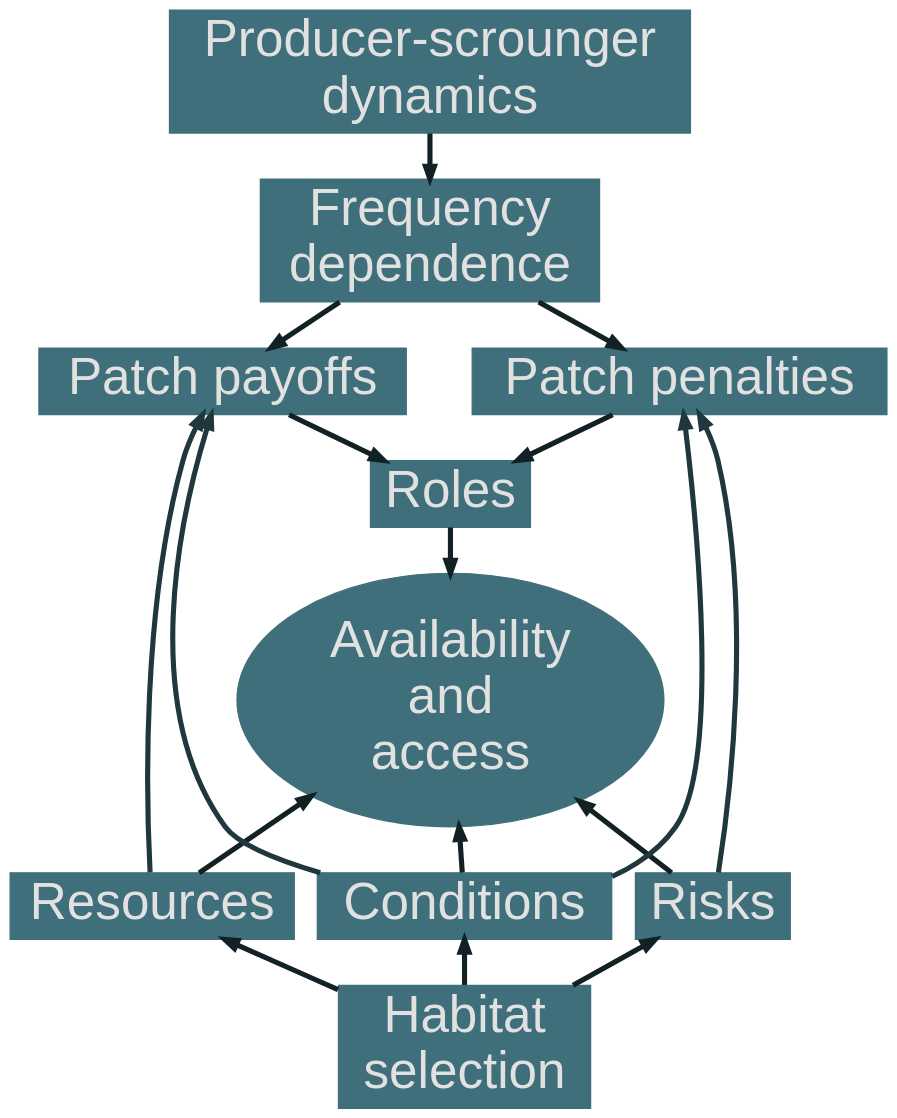
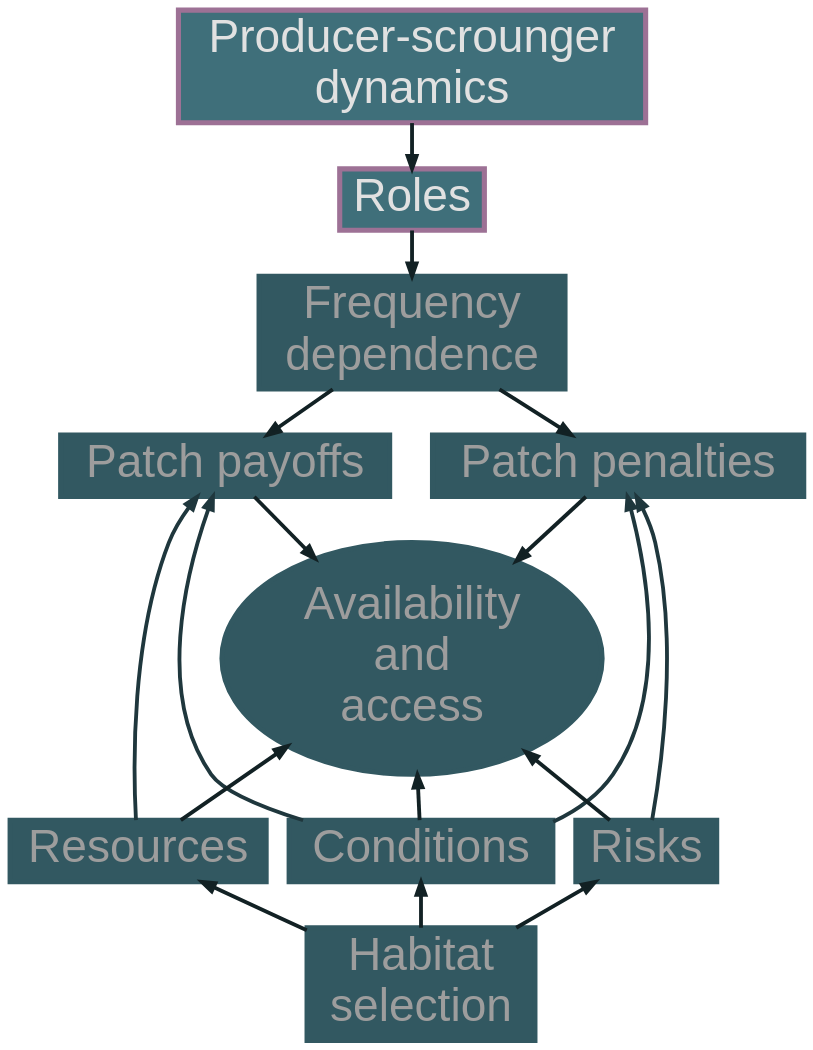
The second of 2 diagrams in slides/slides.qmd (robitalec/comprehensive-exam), drawn with Graphviz before and after one commit. The commit also changed other lines of this file, not shown here.

````diff
--- a/slides/slides.qmd
+++ b/slides/slides.qmd
@@ -33,26 +77,28 @@
 ```{dot}
+//| fig-width: 2.5
 digraph habitat_and_producer {
   bgcolor = transparent;
   rankdir = TB
-	node [fontsize = 40, shape = box, fontname = Helvetica, fontcolor = "#e1e1e1", style = filled, color = "#3f6f7a"]
-	edge [penwidth = 4, color = "#122124"] 
+	node [fontsize = 36, shape = box, fontname = Helvetica, fontcolor = "#9d9d9d", style = filled, color = "#325861", fillcolor = "#325861", penwidth = 4]
+	edge [penwidth = 3, color = "#122124"] 
 	Habitat [label = "Habitat\nselection"]
 	Resources
 	Conditions
 	Risks
 
-	access_avail [label = "Availability\nand\naccess", shape = ellipse]
-	ps_dyn [label = "Producer-scrounger\ndynamics"]
+    Roles [color = "#9d7195", fontcolor = "#e1e1e1", fillcolor = "#3f6f7a"]
+	ps_dyn [label = "Producer-scrounger\ndynamics", color = "#9d7195", fillcolor = "#3f6f7a", fontcolor = "#e1e1e1"]
 	freq [label = "Frequency\ndependence"]
 	patch_penalties [label = "Patch penalties"]
 	patch_payoffs [label = "Patch payoffs"]
+	access_avail [label = "Availability\nand\naccess", shape = ellipse]
 
-	ps_dyn -> freq -> {patch_penalties patch_payoffs}
-	{patch_penalties patch_payoffs} -> Roles -> access_avail
+	ps_dyn -> Roles -> freq -> {patch_penalties patch_payoffs}
+	{patch_penalties patch_payoffs} -> access_avail
 	access_avail -> {Resources Conditions Risks} [dir = back]
 	{patch_penalties} ->  Risks [color = "#1f373d", dir = back]
 	patch_payoffs -> Resources [color = "#1f373d", dir = back]
 	{patch_payoffs patch_penalties} -> Conditions [color = "#1f373d", dir = back]
 	{Resources Risks Conditions} -> Habitat [dir = back]
 }
 ```
````
